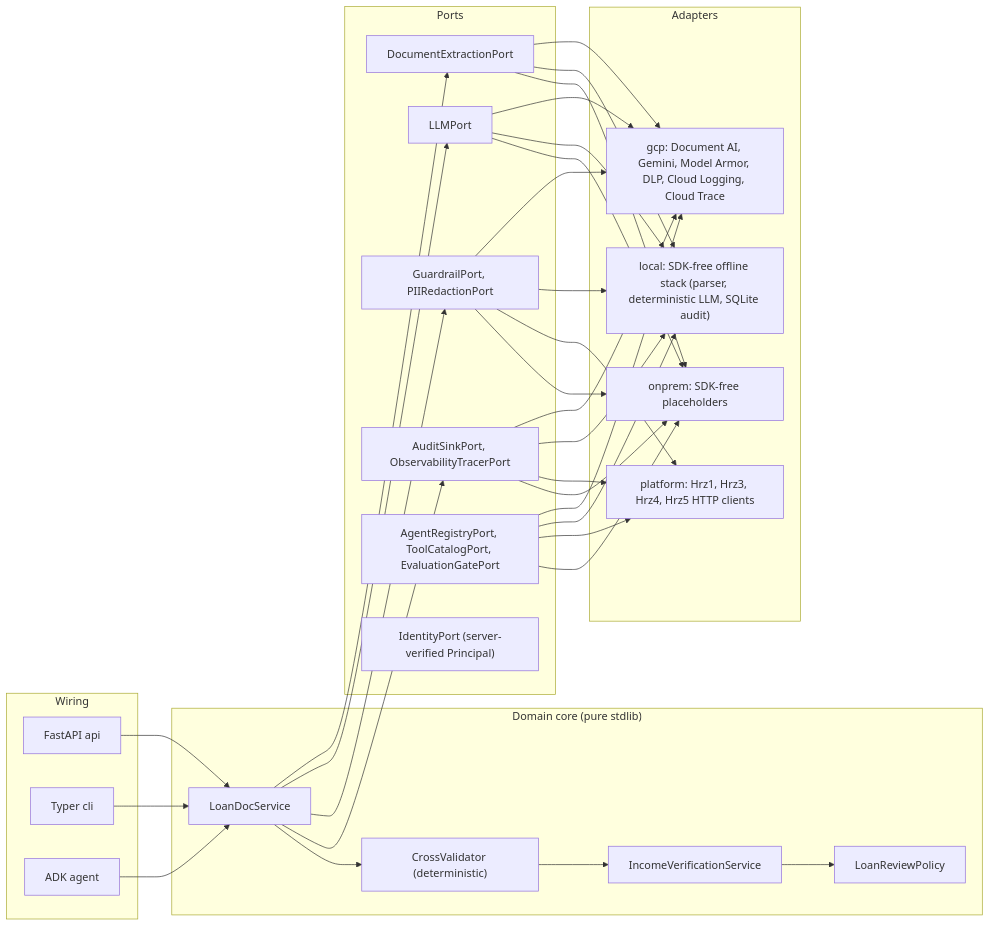
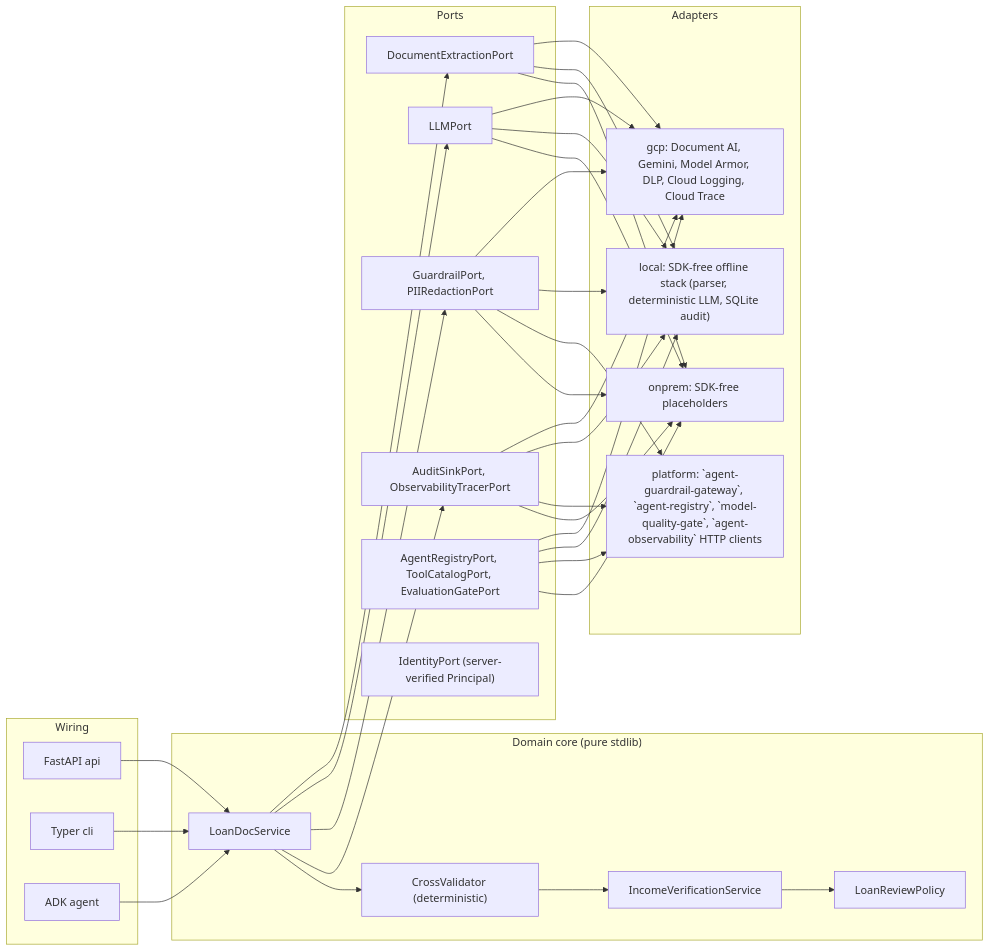
Before and after one commit to portable-genai/loan-document-intelligence: the second of 2 diagrams in README.md, drawn with Mermaid. The commit also changed other lines of this file and 43 other files, not shown here.

````diff
--- a/README.md
+++ b/README.md
@@ -53,37 +53,37 @@
 ```mermaid
 flowchart LR
   subgraph Wiring
     API["FastAPI api"]
     CLI["Typer cli"]
     AGENT["ADK agent"]
   end
   subgraph Domain["Domain core (pure stdlib)"]
     SVC["LoanDocService"]
     CV["CrossValidator (deterministic)"]
     IV["IncomeVerificationService"]
     POL["LoanReviewPolicy"]
   end
   subgraph Ports
     P1["DocumentExtractionPort"]
     P2["LLMPort"]
     P3["GuardrailPort, PIIRedactionPort"]
     P4["AuditSinkPort, ObservabilityTracerPort"]
     P5["AgentRegistryPort, ToolCatalogPort, EvaluationGatePort"]
     P6["IdentityPort (server-verified Principal)"]
   end
   subgraph Adapters
     GCP["gcp: Document AI, Gemini, Model Armor, DLP, Cloud Logging, Cloud Trace"]
     LOC["local: SDK-free offline stack (parser, deterministic LLM, SQLite audit)"]
-    PLAT["platform: Hrz1, Hrz3, Hrz4, Hrz5 HTTP clients"]
+    PLAT["platform: `agent-guardrail-gateway`, `agent-registry`, `model-quality-gate`, `agent-observability` HTTP clients"]
     ONP["onprem: SDK-free placeholders"]
   end
   API --> SVC
   CLI --> SVC
   AGENT --> SVC
   SVC --> P1 & P2 & P3 & P4
   SVC --> CV --> IV --> POL
   P1 & P2 & P3 & P4 & P5 --> GCP
   P1 & P2 & P3 & P4 & P5 --> LOC
   P3 & P4 & P5 --> PLAT
   P1 & P2 & P3 & P4 & P5 --> ONP
 ```
````
